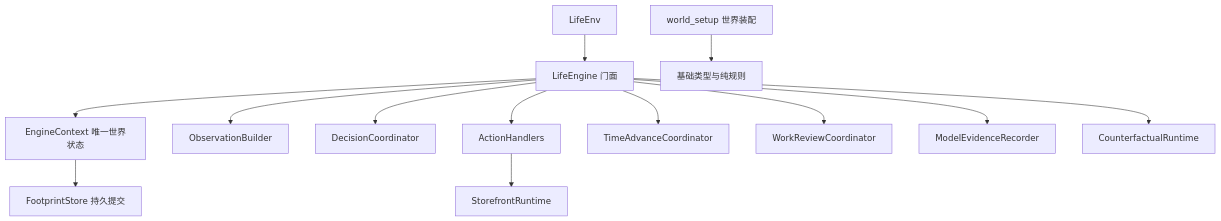
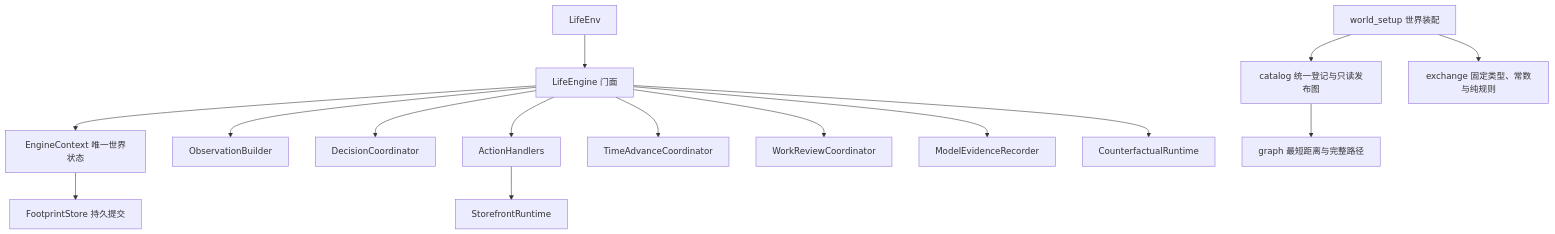
Before and after one commit to HoldThatThgt/WorldMock: the ninth of 9 diagrams in docs/design/01-architecture.md, drawn with Mermaid. The commit also changed other lines of this file and 79 other files, not shown here.

Commit message:
feat(life): derive travel and location evidence from the published graph

````diff
--- a/docs/design/01-architecture.md
+++ b/docs/design/01-architecture.md
@@ -457,15 +455,17 @@
 ```mermaid
 flowchart TD
     ENV[LifeEnv] --> ENGINE[LifeEngine 门面]
     ENGINE --> CONTEXT[EngineContext 唯一世界状态]
     ENGINE --> OBS[ObservationBuilder]
     ENGINE --> DEC[DecisionCoordinator]
     ENGINE --> ACTION[ActionHandlers]
     ENGINE --> TIME[TimeAdvanceCoordinator]
     ENGINE --> WORK[WorkReviewCoordinator]
     ENGINE --> EVIDENCE[ModelEvidenceRecorder]
     ENGINE --> COUNTER[CounterfactualRuntime]
     ACTION --> STORE[StorefrontRuntime]
-    ASSEMBLY[world_setup 世界装配] --> TYPES[基础类型与纯规则]
+    ASSEMBLY[world_setup 世界装配] --> CATALOG[catalog 统一登记与只读发布图]
+    CATALOG --> GRAPH[graph 最短距离与完整路径]
+    ASSEMBLY --> TYPES[exchange 固定类型、常数与纯规则]
     CONTEXT --> RECORD[FootprintStore 持久提交]
 ```
````
